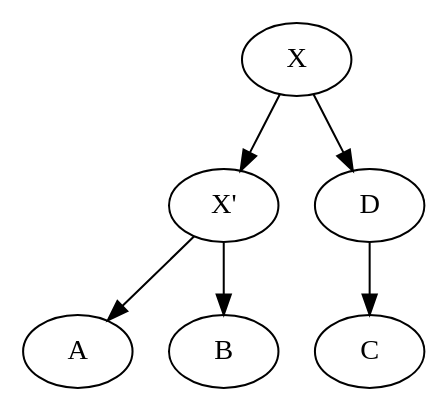
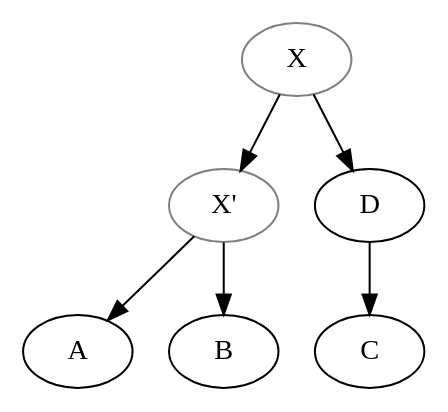
One commit to OpenStemmata/database changed the diagram in Wauquelin/graph.gv. Above: the diagram before and after it, drawn with Graphviz. The commit also changed 1 other file, not shown here.

```diff
--- a/Wauquelin/graph.gv
+++ b/Wauquelin/graph.gv
@@ -1,8 +1,11 @@
 digraph {
     Xprime [label="X'"]
     X -> Xprime;
     X -> D ;
     Xprime -> A;
     Xprime -> B;
     D -> C;
+
+    X[color="grey"]
+    Xprime[color="grey"]
 }
```
